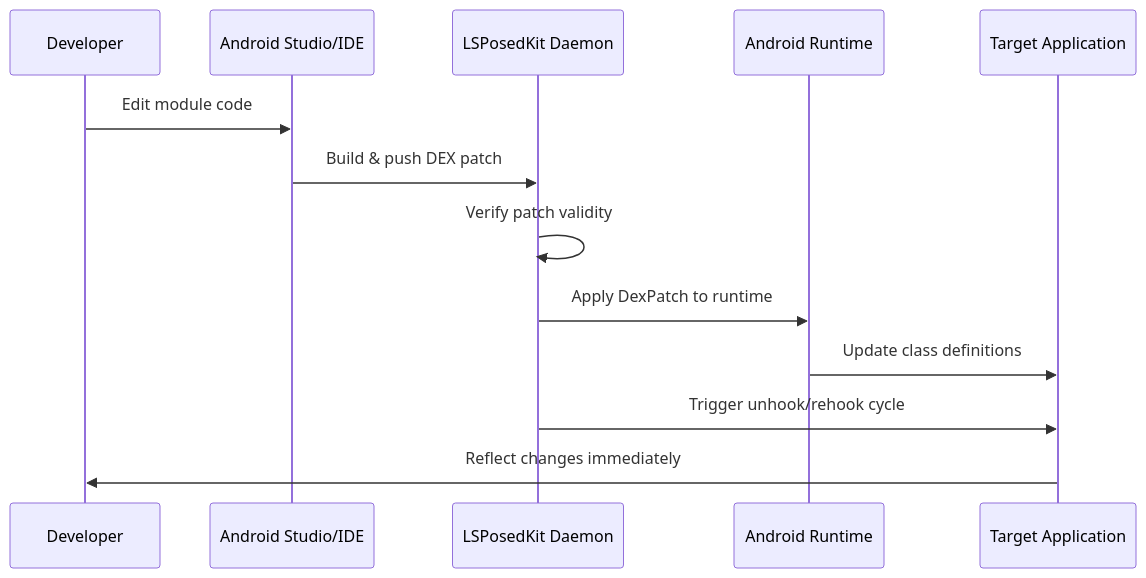
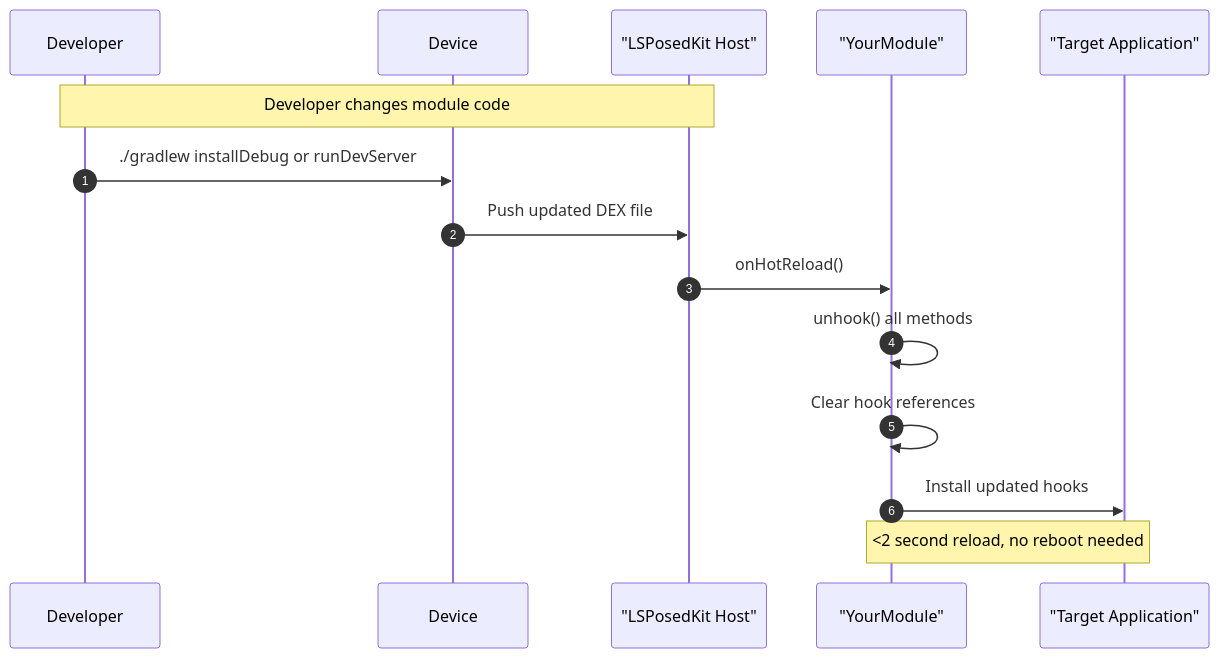
One commit to wyatt727/LSPosedKit changed the first of 2 diagrams in Docs/06-hot-reload.md. Above: the diagram before and after it, drawn with Mermaid. The commit also changed other lines of this file and 9 other files, not shown here.

````diff
--- a/Docs/06-hot-reload.md
+++ b/Docs/06-hot-reload.md
@@ -32,16 +34,18 @@
 ```mermaid
 sequenceDiagram
-    participant Dev as Developer
-    participant IDE as Android Studio/IDE
-    participant LSPK as LSPosedKit Daemon
-    participant OS as Android Runtime
-    participant App as Target Application
-
-    Dev->>IDE: Edit module code
-    IDE->>LSPK: Build & push DEX patch
-    LSPK->>LSPK: Verify patch validity
-    LSPK->>OS: Apply DexPatch to runtime
-    OS->>App: Update class definitions
-    LSPK->>App: Trigger unhook/rehook cycle
-    App->>Dev: Reflect changes immediately
+    autonumber
+    participant Developer
+    participant Device
+    participant LSPK as "LSPosedKit Host"
+    participant Module as "YourModule"
+    participant Target as "Target Application"
+    
+    Note over Developer, LSPK: Developer changes module code
+    Developer->>Device: ./gradlew installDebug or runDevServer
+    Device->>LSPK: Push updated DEX file
+    LSPK->>Module: onHotReload()
+    Module->>Module: unhook() all methods
+    Module->>Module: Clear hook references
+    Module->>Target: Install updated hooks
+    Note over Module, Target: <2 second reload, no reboot needed
 ```
````
